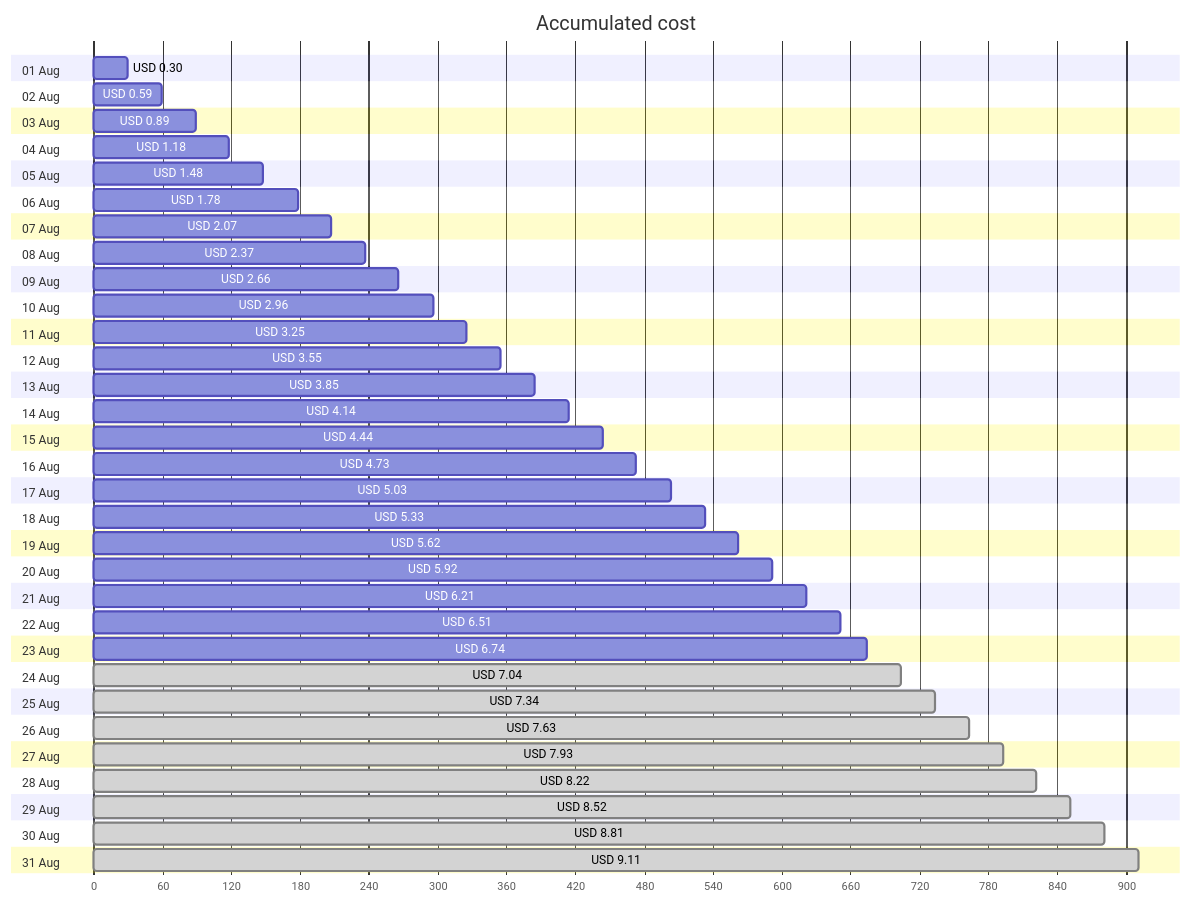
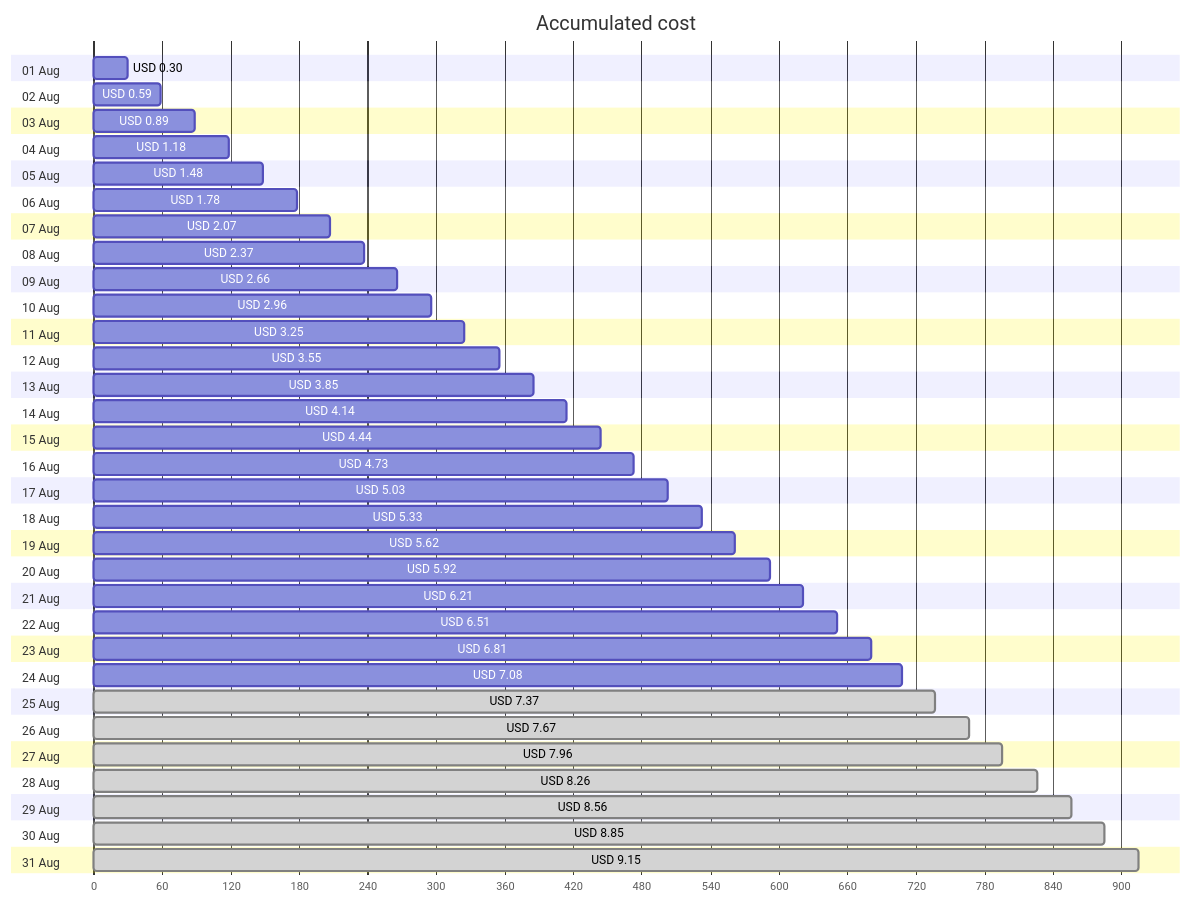
One commit to jpfulton/azure-personal-reports changed the first of 4 diagrams in cost-reports/personal-site/personal-site-preview.md. Above: the diagram before and after it, drawn with Mermaid. The commit also changed other lines of this file and 6 other files, not shown here.

````diff
--- a/cost-reports/personal-site/personal-site-preview.md
+++ b/cost-reports/personal-site/personal-site-preview.md
@@ -20,68 +20,68 @@
 ```mermaid
 gantt
    title Accumulated cost
    dateFormat  X
    axisFormat %s
    section 01 Aug
    USD 0.30 :0, 30
    section 02 Aug
    USD 0.59 :0, 59
    section 03 Aug
    USD 0.89 :0, 89
    section 04 Aug
    USD 1.18 :0, 118
    section 05 Aug
    USD 1.48 :0, 148
    section 06 Aug
    USD 1.78 :0, 178
    section 07 Aug
    USD 2.07 :0, 207
    section 08 Aug
    USD 2.37 :0, 237
    section 09 Aug
    USD 2.66 :0, 266
    section 10 Aug
    USD 2.96 :0, 296
    section 11 Aug
    USD 3.25 :0, 325
    section 12 Aug
    USD 3.55 :0, 355
    section 13 Aug
    USD 3.85 :0, 385
    section 14 Aug
    USD 4.14 :0, 414
    section 15 Aug
    USD 4.44 :0, 444
    section 16 Aug
    USD 4.73 :0, 473
    section 17 Aug
    USD 5.03 :0, 503
    section 18 Aug
    USD 5.33 :0, 533
    section 19 Aug
    USD 5.62 :0, 562
    section 20 Aug
    USD 5.92 :0, 592
    section 21 Aug
    USD 6.21 :0, 621
    section 22 Aug
    USD 6.51 :0, 651
    section 23 Aug
-   USD 6.74 :0, 674
+   USD 6.81 :0, 681
    section 24 Aug
-   USD 7.04 : done, 0, 704
+   USD 7.08 :0, 708
    section 25 Aug
-   USD 7.34 : done, 0, 734
+   USD 7.37 : done, 0, 737
    section 26 Aug
-   USD 7.63 : done, 0, 763
+   USD 7.67 : done, 0, 767
    section 27 Aug
-   USD 7.93 : done, 0, 793
+   USD 7.96 : done, 0, 796
    section 28 Aug
-   USD 8.22 : done, 0, 822
+   USD 8.26 : done, 0, 826
    section 29 Aug
-   USD 8.52 : done, 0, 852
+   USD 8.56 : done, 0, 856
    section 30 Aug
-   USD 8.81 : done, 0, 881
+   USD 8.85 : done, 0, 885
    section 31 Aug
-   USD 9.11 : done, 0, 911
+   USD 9.15 : done, 0, 915
 ```
````
